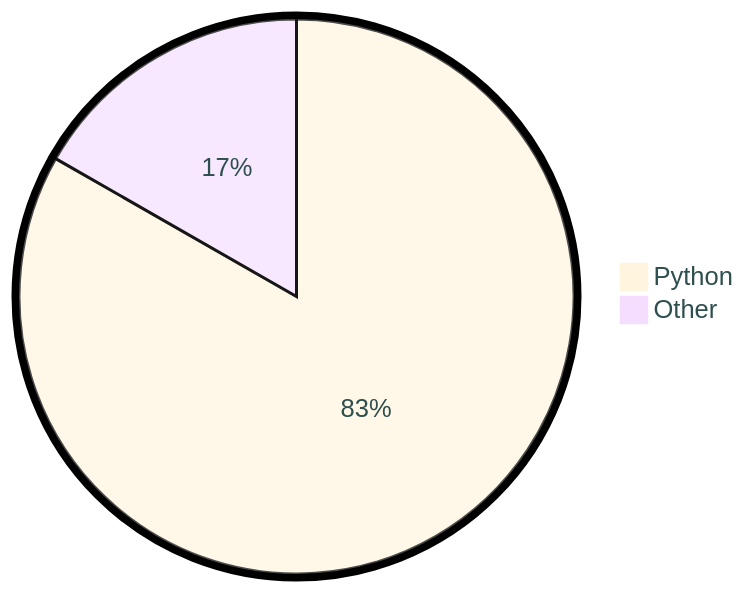
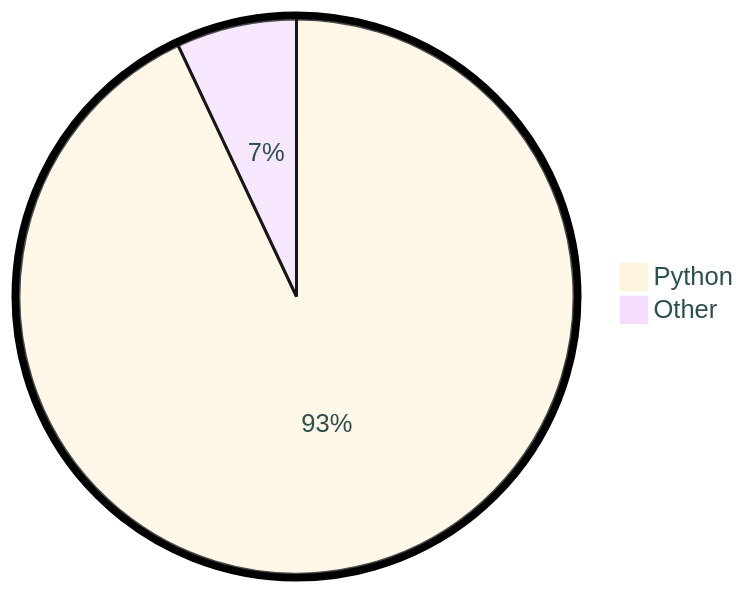
The diagram in README.md (tot0p/tot0p), drawn with Mermaid before and after one commit. The commit also changed other lines of this file, not shown here.

````diff
--- a/README.md
+++ b/README.md
@@ -80,6 +74,6 @@
 ```mermaid
 %%{init: {"pie": {"textPosition": 0.5}, "themeVariables": {"pieOuterStrokeWidth": "5px","primaryTextColor" : "#2F4F4F"},"theme":"base"} }%%
 pie
-	"Python": 83.27
-	"Other": 16.72
+	"Python": 92.99
+	"Other": 7.01
 ```
````
